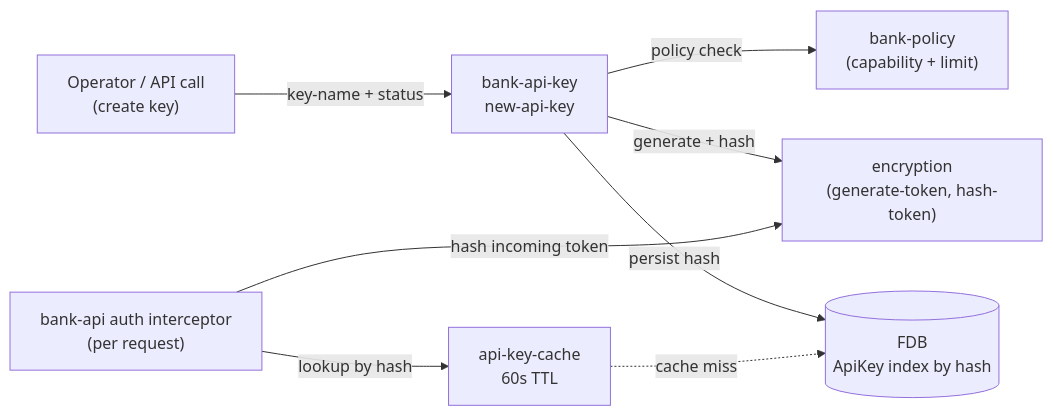
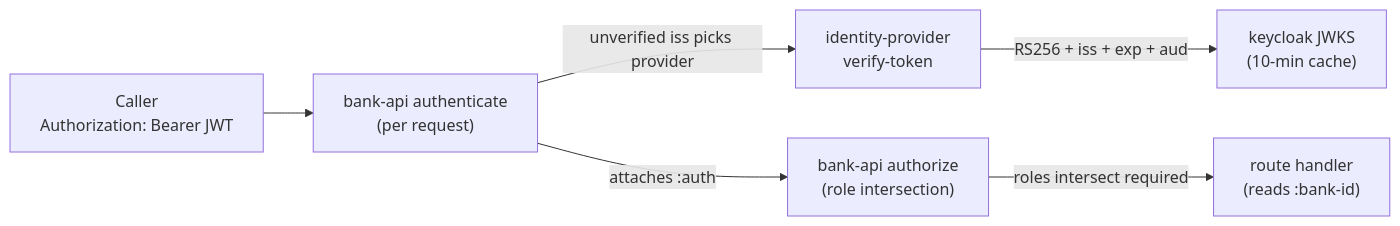
The diagram in docs/tdd/api-keys.md (kjothen/queenswood), drawn with Mermaid before and after one commit. The commit also changed other lines of this file and 19 other files, not shown here.

First line of the commit message:
docs(bank): align TDDs with code; drop dead lookup, fix bban index

````diff
--- a/docs/tdd/api-keys.md
+++ b/docs/tdd/api-keys.md
@@ -78,20 +72,15 @@
 ```mermaid
 graph LR
-    OPS["Operator / API call<br/>(create key)"]
-    BAK["bank-api-key<br/>new-api-key"]
-    POL["bank-policy<br/>(capability + limit)"]
-    ENC["encryption<br/>(generate-token, hash-token)"]
-    FDB[("FDB<br/>ApiKey index by hash")]
+    CALLER["Caller<br/>Authorization: Bearer JWT"]
+    AUTHN["bank-api authenticate<br/>(per request)"]
+    IDP["identity-provider<br/>verify-token"]
+    JWKS["keycloak JWKS<br/>(10-min cache)"]
+    AUTHZ["bank-api authorize<br/>(role intersection)"]
+    HANDLER["route handler<br/>(reads :bank-id)"]
 
-    AUTH["bank-api auth interceptor<br/>(per request)"]
-    CACHE["api-key-cache<br/>60s TTL"]
-
-    OPS -->|key-name + status| BAK
-    BAK -->|policy check| POL
-    BAK -->|generate + hash| ENC
-    BAK -->|persist hash| FDB
-
-    AUTH -->|hash incoming token| ENC
-    AUTH -->|lookup by hash| CACHE
-    CACHE -.->|cache miss| FDB
+    CALLER --> AUTHN
+    AUTHN -->|unverified iss picks provider| IDP
+    IDP -->|RS256 + iss + exp + aud| JWKS
+    AUTHN -->|attaches :auth| AUTHZ
+    AUTHZ -->|roles intersect required| HANDLER
 ```
````
